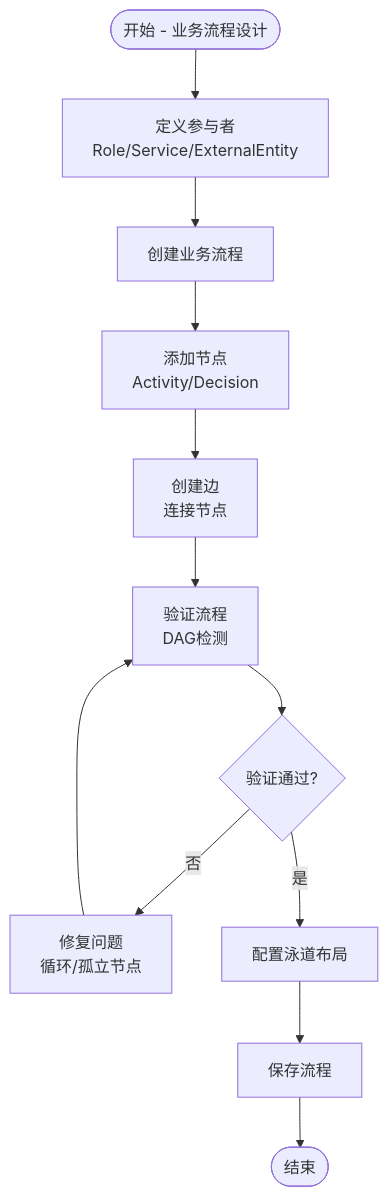
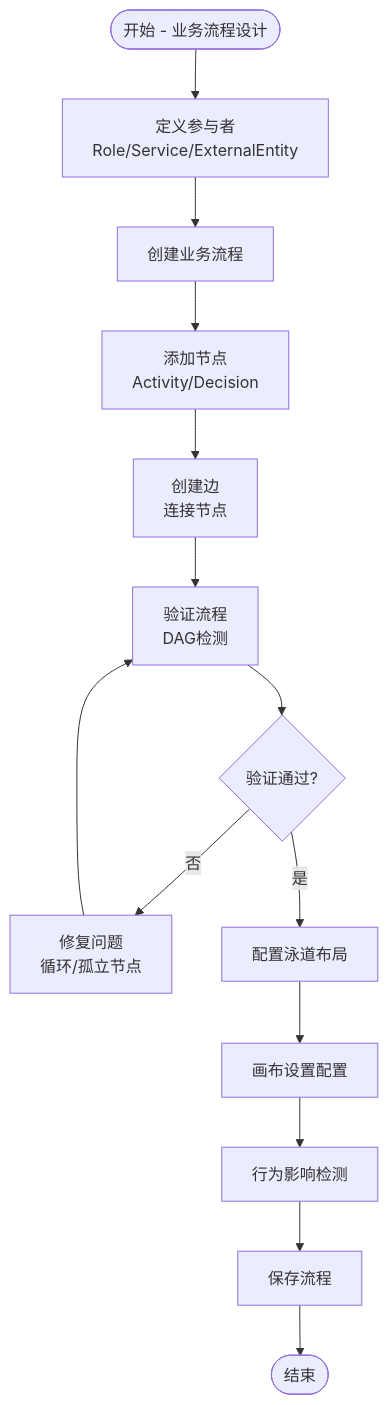
Before and after one commit to kai-cui1/ai-prototype-manager: diagram 11 of 11 in .qoder/repowiki/zh/content/后端开发/业务流程技术设计.md, drawn with Mermaid. The commit also changed other lines of this file and 114 other files, not shown here.

First line of the commit message:
docs: 路线图/AGENTS/知识库同步 + 系统架构图

````diff
--- a/.qoder/repowiki/zh/content/后端开发/业务流程技术设计.md
+++ b/.qoder/repowiki/zh/content/后端开发/业务流程技术设计.md
@@ -385,14 +661,16 @@
 ```mermaid
 flowchart TD
 Start([开始 - 业务流程设计]) --> DefineParticipants[定义参与者<br/>Role/Service/ExternalEntity]
 DefineParticipants --> CreateProcess[创建业务流程]
 CreateProcess --> AddNodes[添加节点<br/>Activity/Decision]
 AddNodes --> CreateEdges[创建边<br/>连接节点]
 CreateEdges --> ValidateProcess[验证流程<br/>DAG检测]
 ValidateProcess --> HasErrors{验证通过?}
 HasErrors --> |否| FixIssues[修复问题<br/>循环/孤立节点]
 FixIssues --> ValidateProcess
 HasErrors --> |是| ConfigureLayout[配置泳道布局]
-ConfigureLayout --> SaveProcess[保存流程]
+ConfigureLayout --> CanvasSettings[画布设置配置]
+CanvasSettings --> BehaviorDetection[行为影响检测]
+BehaviorDetection --> SaveProcess[保存流程]
 SaveProcess --> End([结束])
 ```
````
